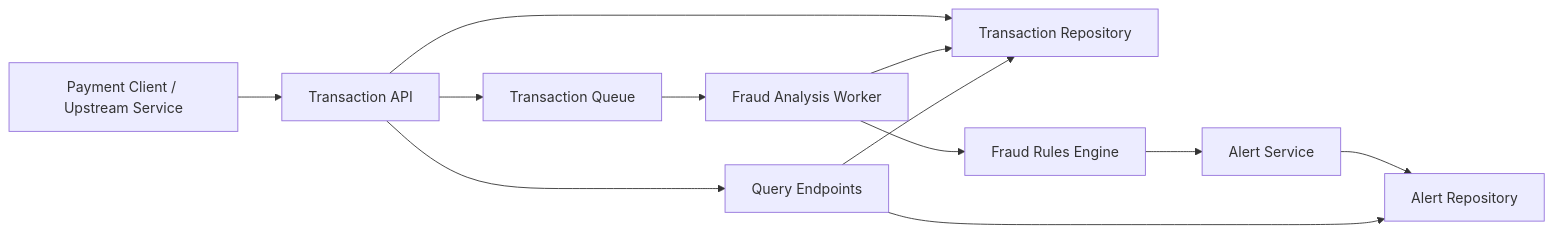
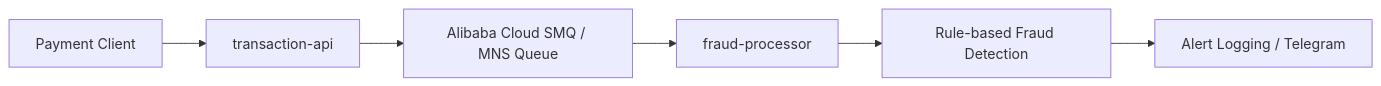
The diagram in README.md (wenzheng/h-fraud-detection), drawn with Mermaid before and after one commit. The commit also changed other lines of this file and 51 other files, not shown here.

Commit message:
separate the project into 1. share module, 2, api module for accepting transaction data and push to queue, 3. consume from queue and processing for alert

````diff
--- a/README.md
+++ b/README.md
@@ -18,14 +26,8 @@
 ```mermaid
 flowchart LR
-    Client["Payment Client / Upstream Service"] --> API["Transaction API"]
-    API --> Repo["Transaction Repository"]
-    API --> Queue["Transaction Queue"]
-    Queue --> Worker["Fraud Analysis Worker"]
-    Worker --> Rules["Fraud Rules Engine"]
-    Rules --> Alert["Alert Service"]
-    Worker --> Repo
-    Alert --> AlertStore["Alert Repository"]
-    API --> Query["Query Endpoints"]
-    Query --> Repo
-    Query --> AlertStore
+    Client["Payment Client"] --> API["transaction-api"]
+    API --> Queue["Alibaba Cloud SMQ / MNS Queue"]
+    Queue --> Processor["fraud-processor"]
+    Processor --> Rules["Rule-based Fraud Detection"]
+    Rules --> Alerts["Alert Logging / Telegram"]
 ```
````
